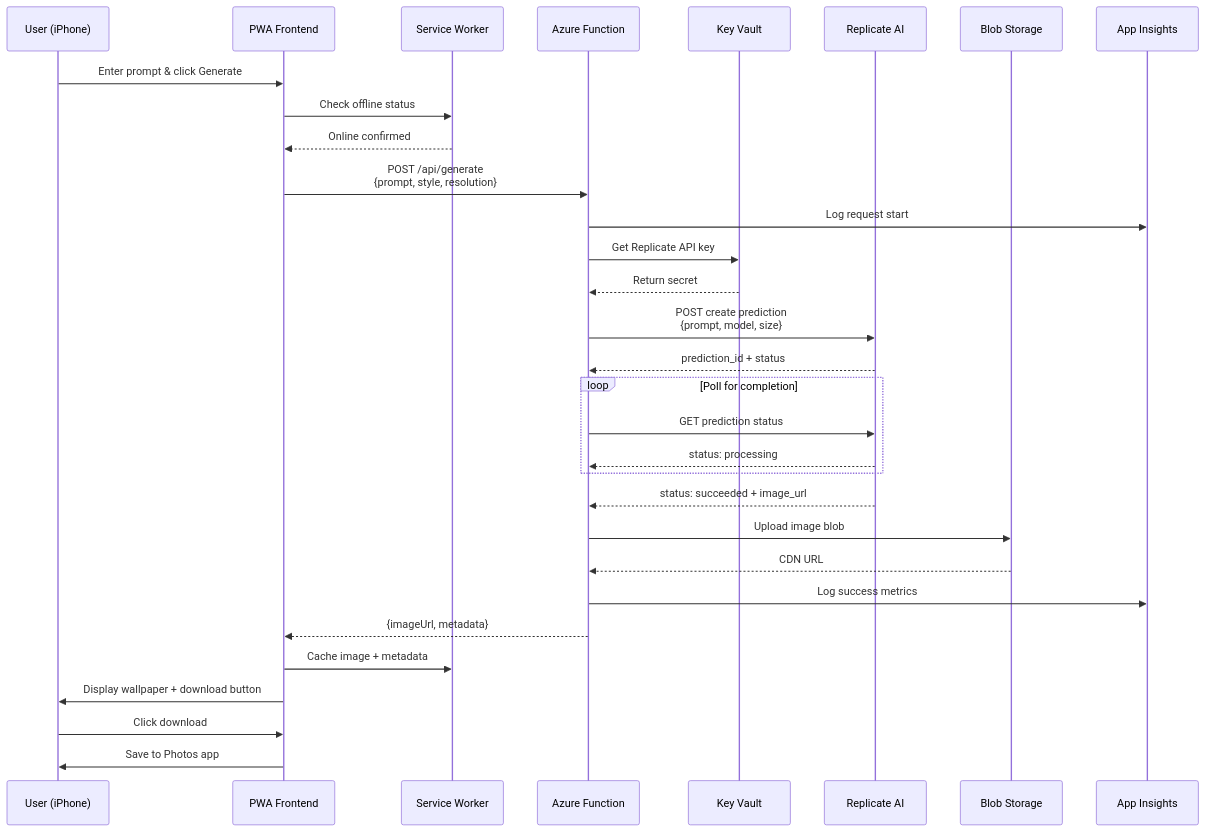
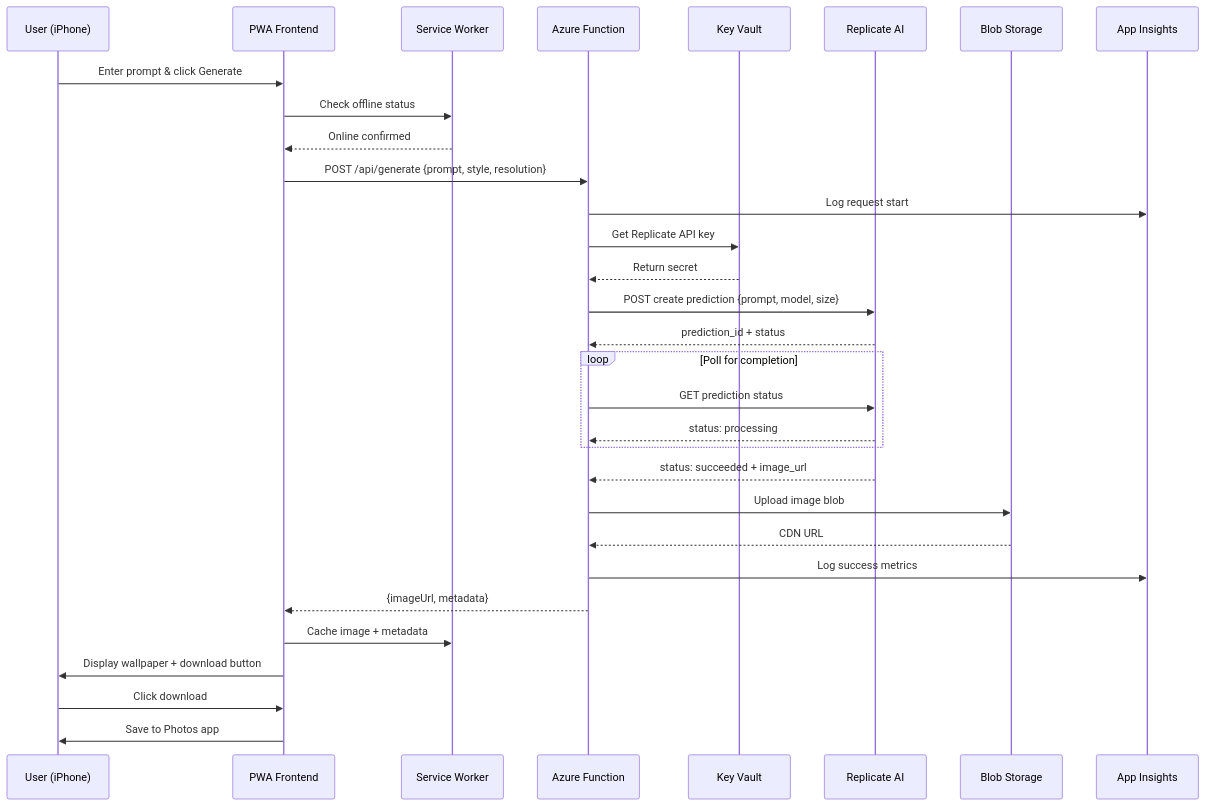
One commit to fabioc-aloha/ai-wallpaper-generator changed the second of 5 diagrams in ARCHITECTURE.md. Above: the diagram before and after it, drawn with Mermaid. The commit also changed other lines of this file, not shown here.

Commit message:
Fix Mermaid syntax: remove HTML <br/> tags from labels

````diff
--- a/ARCHITECTURE.md
+++ b/ARCHITECTURE.md
@@ -103,36 +103,36 @@
 ```mermaid
 sequenceDiagram
     participant U as User (iPhone)
     participant P as PWA Frontend
     participant SW as Service Worker
     participant AF as Azure Function
     participant KV as Key Vault
     participant R as Replicate AI
     participant BS as Blob Storage
     participant AI as App Insights
 
     U->>P: Enter prompt & click Generate
     P->>SW: Check offline status
     SW-->>P: Online confirmed
-    P->>AF: POST /api/generate<br/>{prompt, style, resolution}
+    P->>AF: POST /api/generate {prompt, style, resolution}
     AF->>AI: Log request start
     AF->>KV: Get Replicate API key
     KV-->>AF: Return secret
-    AF->>R: POST create prediction<br/>{prompt, model, size}
+    AF->>R: POST create prediction {prompt, model, size}
     R-->>AF: prediction_id + status
 
     loop Poll for completion
         AF->>R: GET prediction status
         R-->>AF: status: processing
     end
 
     R-->>AF: status: succeeded + image_url
     AF->>BS: Upload image blob
     BS-->>AF: CDN URL
     AF->>AI: Log success metrics
     AF-->>P: {imageUrl, metadata}
     P->>SW: Cache image + metadata
     P->>U: Display wallpaper + download button
     U->>P: Click download
     P->>U: Save to Photos app
 ```
````
